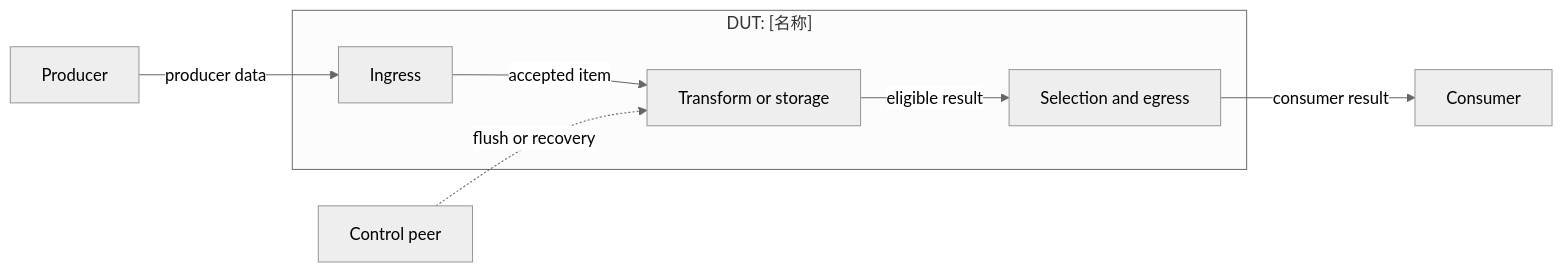
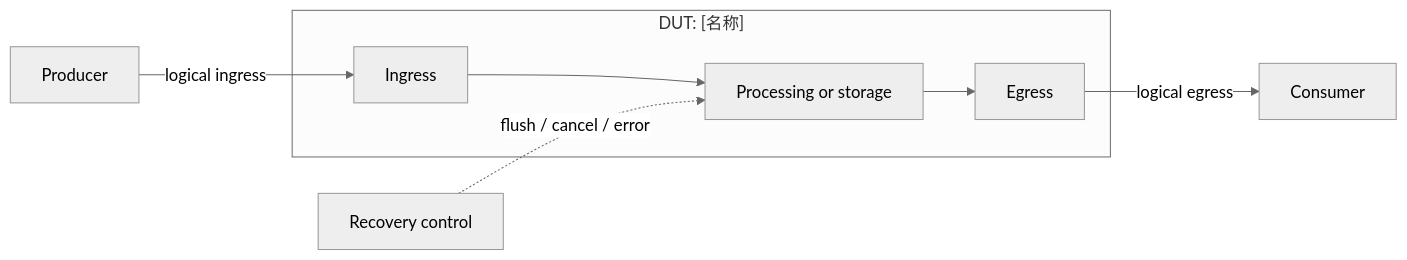
Before and after one commit to XS-MLVP/UCAgent: the diagram in plugins/RTL2Spec/src/rtl2spec/Guide_Doc/chip_design_document_template_zh.md, drawn with Mermaid (neutral theme). The commit also changed other lines of this file and 16 other files, not shown here.

````diff
--- a/plugins/RTL2Spec/src/rtl2spec/Guide_Doc/chip_design_document_template_zh.md
+++ b/plugins/RTL2Spec/src/rtl2spec/Guide_Doc/chip_design_document_template_zh.md
@@ -68,16 +85,15 @@
 ```mermaid
 flowchart LR
     P[Producer]
     C[Consumer]
-    CTRL[Control peer]
+    R[Recovery control]
     subgraph DUT["DUT: [名称]"]
         IN[Ingress]
-        CORE[Transform or storage]
-        OUT[Selection and egress]
-        IN -->|accepted item| CORE
-        CORE -->|eligible result| OUT
+        CORE[Processing or storage]
+        OUT[Egress]
+        IN --> CORE --> OUT
     end
-    P -->|producer data| IN
-    OUT -->|consumer result| C
-    CTRL -.->|flush or recovery| CORE
+    P -->|logical ingress| IN
+    OUT -->|logical egress| C
+    R -.->|flush / cancel / error| CORE
 ```
````
